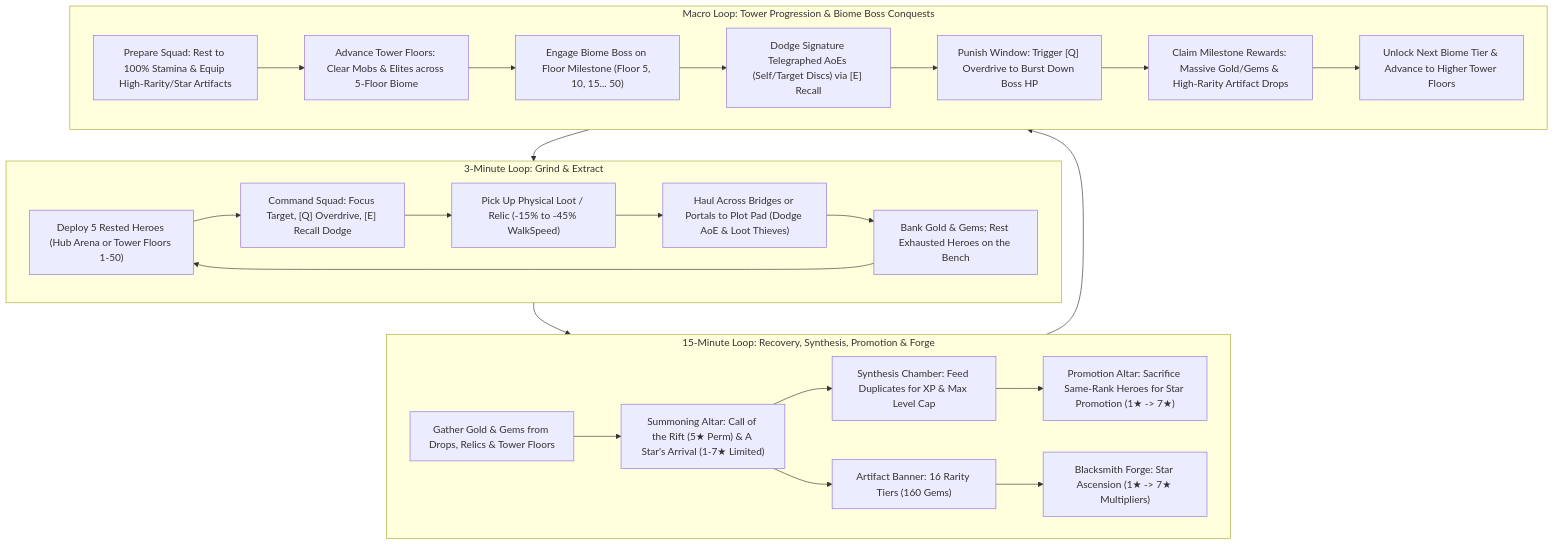
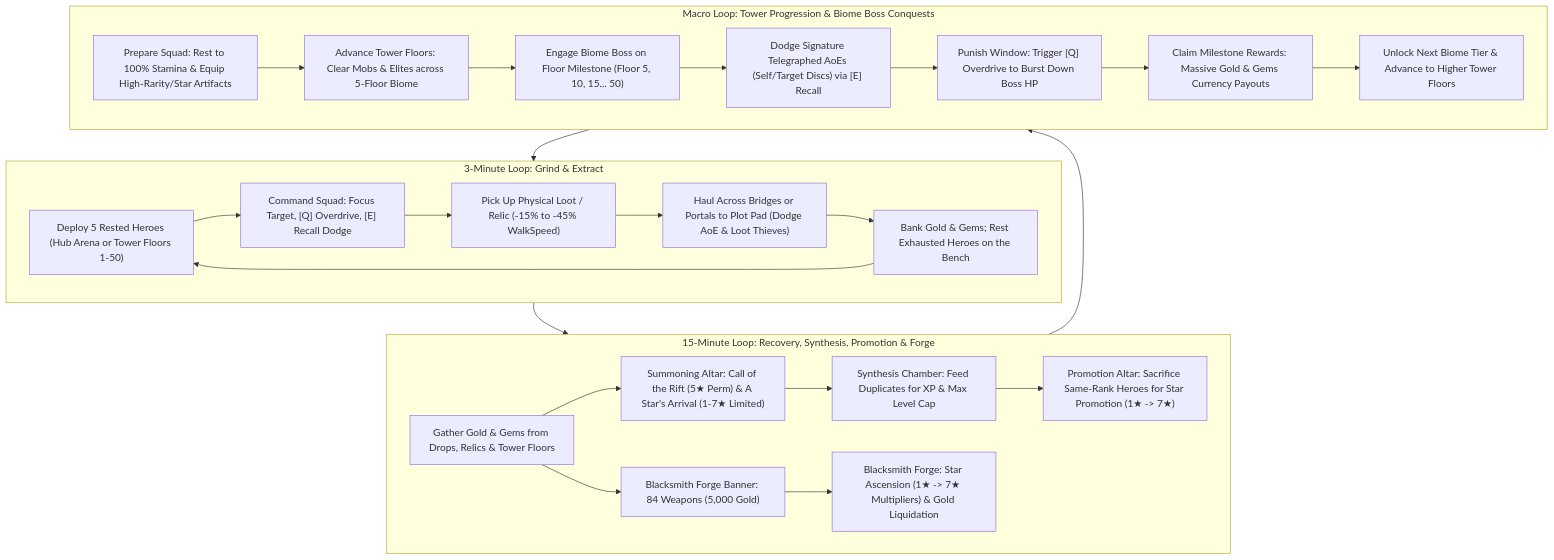
One commit to Zaimoo/infinite-tower changed the diagram in docs/GAME_DESIGN.MD. Above: the diagram before and after it, drawn with Mermaid. The commit also changed other lines of this file and 10 other files, not shown here.

Commit message:
feat(forge): implement 84-weapon Gold roll system, 120-pull Exalted+ pity, selling, and inventory limit

````diff
--- a/docs/GAME_DESIGN.MD
+++ b/docs/GAME_DESIGN.MD
@@ -46,31 +46,31 @@
 ```mermaid
 flowchart TD
     subgraph Micro["3-Minute Loop: Grind & Extract"]
         M1["Deploy 5 Rested Heroes (Hub Arena or Tower Floors 1-50)"] --> M2["Command Squad: Focus Target, [Q] Overdrive, [E] Recall Dodge"]
         M2 --> M3["Pick Up Physical Loot / Relic (-15% to -45% WalkSpeed)"]
         M3 --> M4["Haul Across Bridges or Portals to Plot Pad (Dodge AoE & Loot Thieves)"]
         M4 --> M5["Bank Gold & Gems; Rest Exhausted Heroes on the Bench"]
         M5 --> M1
     end
 
     subgraph Meso["15-Minute Loop: Recovery, Synthesis, Promotion & Forge"]
         T1["Gather Gold & Gems from Drops, Relics & Tower Floors"] --> T2["Summoning Altar: Call of the Rift (5★ Perm) & A Star's Arrival (1-7★ Limited)"]
         T2 --> T3["Synthesis Chamber: Feed Duplicates for XP & Max Level Cap"]
-        T2 --> T4["Artifact Banner: 16 Rarity Tiers (160 Gems)"]
+        T1 --> T4["Blacksmith Forge Banner: 84 Weapons (5,000 Gold)"]
         T3 --> T5["Promotion Altar: Sacrifice Same-Rank Heroes for Star Promotion (1★ -> 7★)"]
-        T4 --> T6["Blacksmith Forge: Star Ascension (1★ -> 7★ Multipliers)"]
+        T4 --> T6["Blacksmith Forge: Star Ascension (1★ -> 7★ Multipliers) & Gold Liquidation"]
     end
 
     subgraph Macro["Macro Loop: Tower Progression & Biome Boss Conquests"]
         B1["Prepare Squad: Rest to 100% Stamina & Equip High-Rarity/Star Artifacts"] --> B2["Advance Tower Floors: Clear Mobs & Elites across 5-Floor Biome"]
         B2 --> B3["Engage Biome Boss on Floor Milestone (Floor 5, 10, 15... 50)"]
         B3 --> B4["Dodge Signature Telegraphed AoEs (Self/Target Discs) via [E] Recall"]
         B4 --> B5["Punish Window: Trigger [Q] Overdrive to Burst Down Boss HP"]
-        B5 --> B6["Claim Milestone Rewards: Massive Gold/Gems & High-Rarity Artifact Drops"]
+        B5 --> B6["Claim Milestone Rewards: Massive Gold & Gems Currency Payouts"]
         B6 --> B7["Unlock Next Biome Tier & Advance to Higher Tower Floors"]
     end
 
     Micro --> Meso
     Meso --> Macro
     Macro --> Micro
 ```
````
